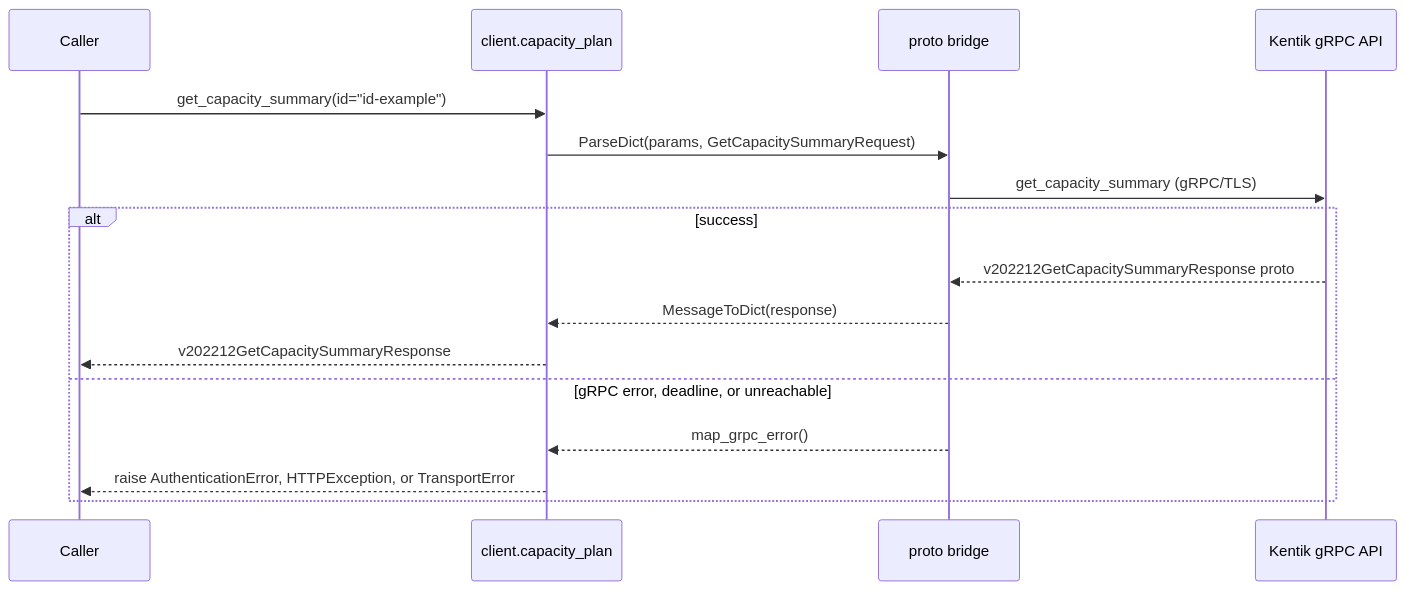
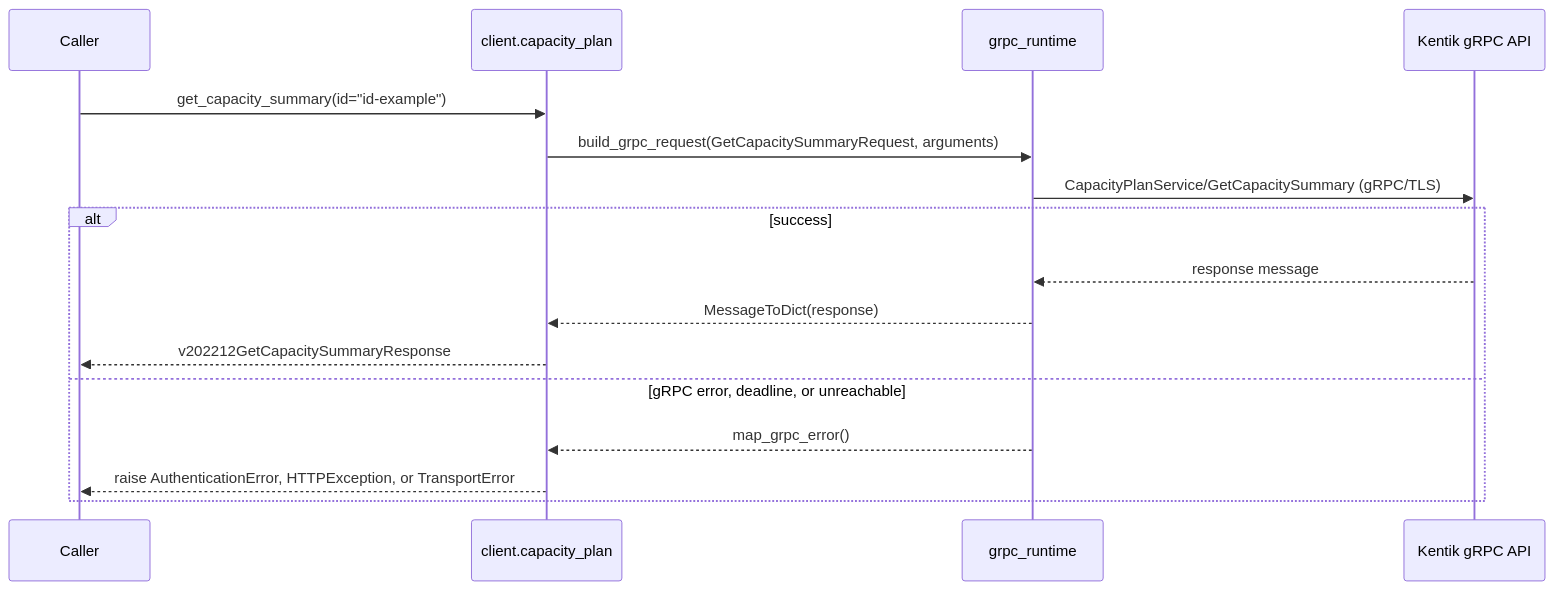
One commit to alexdearaujo/community_sdk_python changed the ninth of 10 diagrams in docs/sphinx/services/capacity_plan.md. Above: the diagram before and after it, drawn with Mermaid. The commit also changed other lines of this file and 37 other files, not shown here.

First line of the commit message:
docs: show the real RPC in each service page's gRPC diagram

````diff
--- a/docs/sphinx/services/capacity_plan.md
+++ b/docs/sphinx/services/capacity_plan.md
@@ -271,19 +271,19 @@
 ```mermaid
 sequenceDiagram
     participant C as Caller
     participant W as client.capacity_plan
-    participant B as proto bridge
+    participant R as grpc_runtime
     participant API as Kentik gRPC API
 
     C->>W: get_capacity_summary(id="id-example")
-    W->>B: ParseDict(params, GetCapacitySummaryRequest)
-    B->>API: get_capacity_summary (gRPC/TLS)
+    W->>R: build_grpc_request(GetCapacitySummaryRequest, arguments)
+    R->>API: CapacityPlanService/GetCapacitySummary (gRPC/TLS)
     alt success
-        API-->>B: v202212GetCapacitySummaryResponse proto
-        B-->>W: MessageToDict(response)
+        API-->>R: response message
+        R-->>W: MessageToDict(response)
         W-->>C: v202212GetCapacitySummaryResponse
     else gRPC error, deadline, or unreachable
-        B-->>W: map_grpc_error()
+        R-->>W: map_grpc_error()
         W-->>C: raise AuthenticationError, HTTPException, or TransportError
     end
 ```
````
